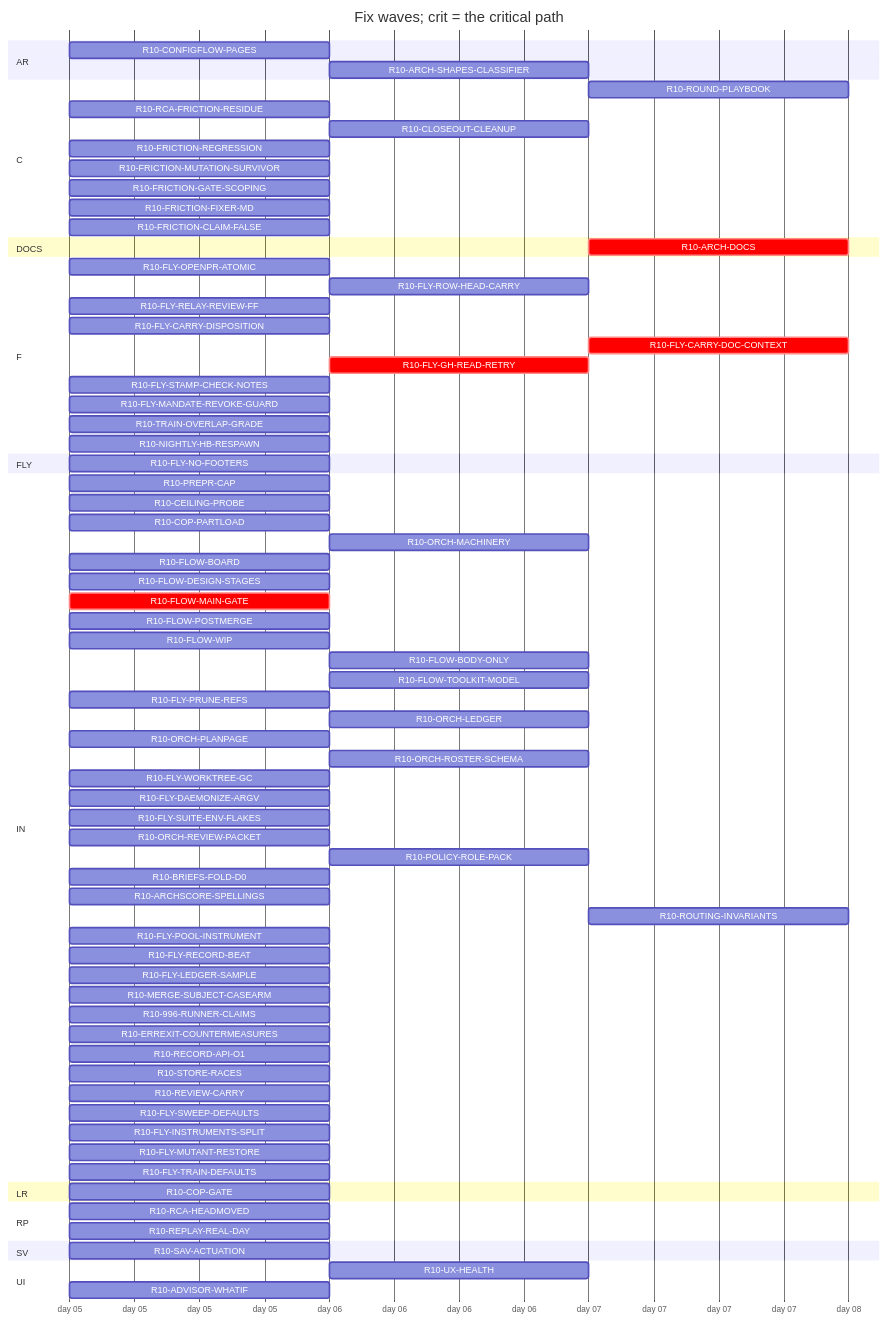
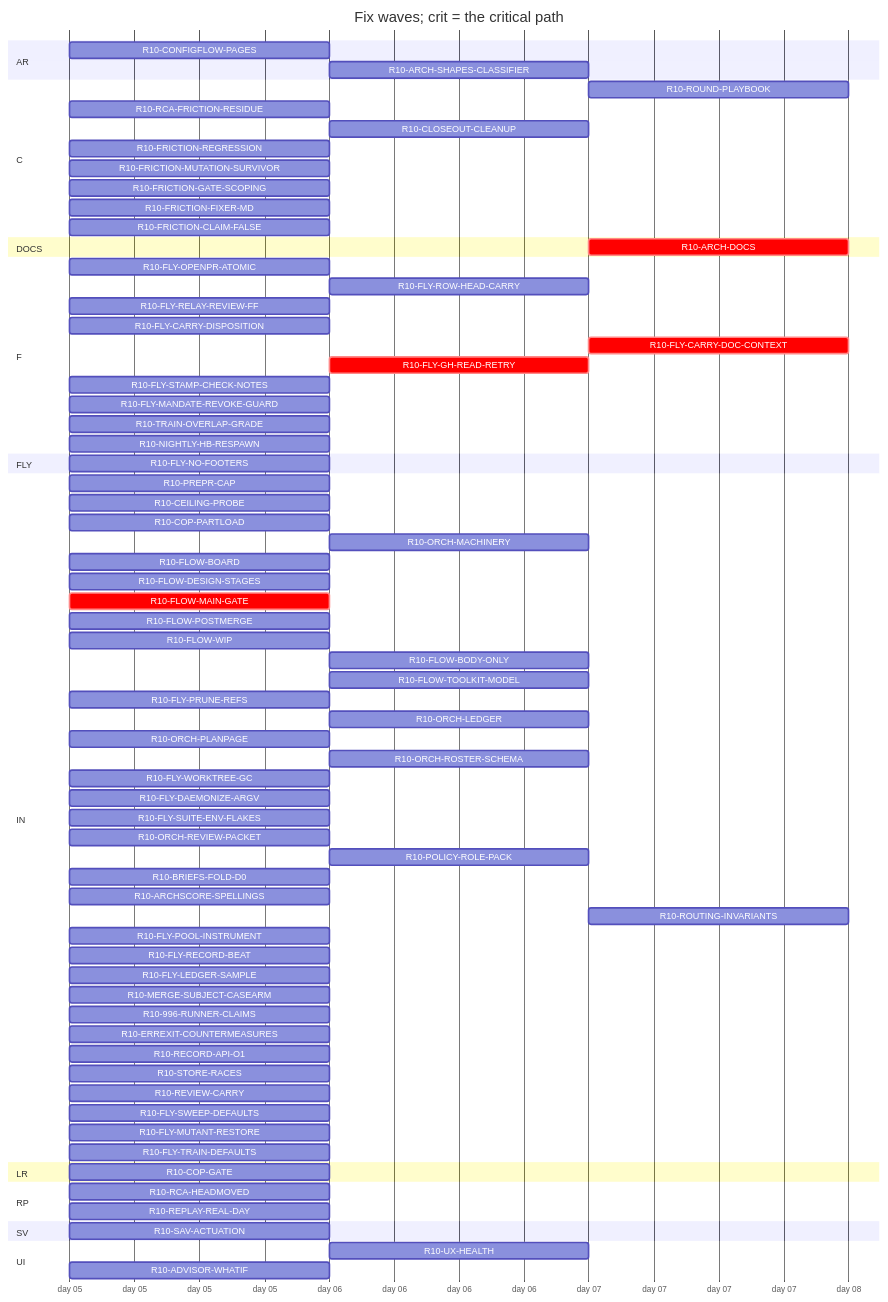
One commit to tvofi/heatpump_optimizer changed the diagram in handoff/round10/state/PLAN-TABLE.md. Above: the diagram before and after it, drawn with Mermaid. The commit also changed other lines of this file and 3 other files, not shown here.

Commit message:
state: FLOW-BOARD.md, NEXT-SESSION-PROMPT.md, PLAN-TABLE.md, RESUME-CURRENT.md regenerated (state_docs.py)

````diff
--- a/handoff/round10/state/PLAN-TABLE.md
+++ b/handoff/round10/state/PLAN-TABLE.md
@@ -23,80 +23,79 @@
 ```mermaid
 gantt
   title Fix waves; crit = the critical path
   dateFormat YYYY-MM-DD
   axisFormat day %d
   section AR
     R10-CONFIGFLOW-PAGES :r10CONFIGFLOWPAGES, 2026-01-05, 1d
     R10-ARCH-SHAPES-CLASSIFIER :r10ARCHSHAPESCLASSIFIER, after r10996RUNNERCLAIMS, 1d
   section C
     R10-ROUND-PLAYBOOK :r10ROUNDPLAYBOOK, after r10ORCHLEDGER r10ORCHPLANPAGE r10FLOWMAINGATE r10FLYRELAYREVIEWFF r10FLOWBODYONLY, 1d
     R10-RCA-FRICTION-RESIDUE :r10RCAFRICTIONRESIDUE, 2026-01-05, 1d
     R10-CLOSEOUT-CLEANUP :r10CLOSEOUTCLEANUP, after r10FLYPRUNEREFS r10FLYWORKTREEGC, 1d
     R10-FRICTION-REGRESSION :r10FRICTIONREGRESSION, 2026-01-05, 1d
     R10-FRICTION-MUTATION-SURVIVOR :r10FRICTIONMUTATIONSURVIVOR, 2026-01-05, 1d
     R10-FRICTION-GATE-SCOPING :r10FRICTIONGATESCOPING, 2026-01-05, 1d
     R10-FRICTION-FIXER-MD :r10FRICTIONFIXERMD, 2026-01-05, 1d
     R10-FRICTION-CLAIM-FALSE :r10FRICTIONCLAIMFALSE, 2026-01-05, 1d
   section DOCS
     R10-ARCH-DOCS :crit, r10ARCHDOCS, after r10COPGATE r10UXHEALTH r10CONFIGFLOWPAGES r10RCAHEADMOVED r10CEILINGPROBE r10COPPARTLOAD r10FLOWBOARD r10FLOWDESIGNSTAGES r10FLOWPOSTMERGE r10FLOWWIP r10FLOWBODYONLY r10FLYOPENPRATOMIC r10FLYROWHEADCARRY r10FLYRELAYREVIEWFF r10FLYCARRYDISPOSITION r10FLYCARRYDOCCONTEXT r10FLOWTOOLKITMODEL r10FLYSTAMPCHECKNOTES r10FLYMANDATEREVOKEGUARD r10RCAFRICTIONRESIDUE r10TRAINOVERLAPGRADE r10NIGHTLYHBRESPAWN r10FLYPRUNEREFS r10ORCHLEDGER r10ORCHPLANPAGE r10ORCHROSTERSCHEMA r10FLYWORKTREEGC r10FLYDAEMONIZEARGV r10ORCHREVIEWPACKET r10POLICYROLEPACK r10BRIEFSFOLDD0 r10REPLAYREALDAY r10ARCHSCORESPELLINGS r10SAVACTUATION r10FLYLEDGERSAMPLE, 1d
   section F
     R10-FLY-OPENPR-ATOMIC :r10FLYOPENPRATOMIC, 2026-01-05, 1d
     R10-FLY-ROW-HEAD-CARRY :r10FLYROWHEADCARRY, after r10FLYOPENPRATOMIC, 1d
     R10-FLY-RELAY-REVIEW-FF :r10FLYRELAYREVIEWFF, 2026-01-05, 1d
     R10-FLY-CARRY-DISPOSITION :r10FLYCARRYDISPOSITION, 2026-01-05, 1d
     R10-FLY-CARRY-DOC-CONTEXT :crit, r10FLYCARRYDOCCONTEXT, after r10FLYGHREADRETRY, 1d
     R10-FLY-GH-READ-RETRY :crit, r10FLYGHREADRETRY, after r10FLOWMAINGATE, 1d
     R10-FLY-STAMP-CHECK-NOTES :r10FLYSTAMPCHECKNOTES, 2026-01-05, 1d
     R10-FLY-MANDATE-REVOKE-GUARD :r10FLYMANDATEREVOKEGUARD, 2026-01-05, 1d
     R10-TRAIN-OVERLAP-GRADE :r10TRAINOVERLAPGRADE, 2026-01-05, 1d
     R10-NIGHTLY-HB-RESPAWN :r10NIGHTLYHBRESPAWN, 2026-01-05, 1d
   section FLY
     R10-FLY-NO-FOOTERS :r10FLYNOFOOTERS, 2026-01-05, 1d
   section IN
     R10-PREPR-CAP :r10PREPRCAP, 2026-01-05, 1d
     R10-CEILING-PROBE :r10CEILINGPROBE, 2026-01-05, 1d
     R10-COP-PARTLOAD :r10COPPARTLOAD, 2026-01-05, 1d
     R10-ORCH-MACHINERY :r10ORCHMACHINERY, after r10FLOWMAINGATE, 1d
     R10-FLOW-BOARD :r10FLOWBOARD, 2026-01-05, 1d
     R10-FLOW-DESIGN-STAGES :r10FLOWDESIGNSTAGES, 2026-01-05, 1d
     R10-FLOW-MAIN-GATE :crit, r10FLOWMAINGATE, 2026-01-05, 1d
     R10-FLOW-POSTMERGE :r10FLOWPOSTMERGE, 2026-01-05, 1d
     R10-FLOW-WIP :r10FLOWWIP, 2026-01-05, 1d
     R10-FLOW-BODY-ONLY :r10FLOWBODYONLY, after r10FLYOPENPRATOMIC, 1d
     R10-FLOW-TOOLKIT-MODEL :r10FLOWTOOLKITMODEL, after r10ORCHPLANPAGE, 1d
     R10-FLY-PRUNE-REFS :r10FLYPRUNEREFS, 2026-01-05, 1d
     R10-ORCH-LEDGER :r10ORCHLEDGER, after r10FLOWMAINGATE, 1d
     R10-ORCH-PLANPAGE :r10ORCHPLANPAGE, 2026-01-05, 1d
     R10-ORCH-ROSTER-SCHEMA :r10ORCHROSTERSCHEMA, after r10FLOWMAINGATE, 1d
     R10-FLY-WORKTREE-GC :r10FLYWORKTREEGC, 2026-01-05, 1d
     R10-FLY-DAEMONIZE-ARGV :r10FLYDAEMONIZEARGV, 2026-01-05, 1d
     R10-FLY-SUITE-ENV-FLAKES :r10FLYSUITEENVFLAKES, 2026-01-05, 1d
     R10-ORCH-REVIEW-PACKET :r10ORCHREVIEWPACKET, 2026-01-05, 1d
     R10-POLICY-ROLE-PACK :r10POLICYROLEPACK, after r10FLOWDESIGNSTAGES, 1d
     R10-BRIEFS-FOLD-D0 :r10BRIEFSFOLDD0, 2026-01-05, 1d
     R10-ARCHSCORE-SPELLINGS :r10ARCHSCORESPELLINGS, 2026-01-05, 1d
     R10-ROUTING-INVARIANTS :r10ROUTINGINVARIANTS, after r10ORCHROSTERSCHEMA, 1d
     R10-FLY-POOL-INSTRUMENT :r10FLYPOOLINSTRUMENT, 2026-01-05, 1d
     R10-FLY-RECORD-BEAT :r10FLYRECORDBEAT, 2026-01-05, 1d
     R10-FLY-LEDGER-SAMPLE :r10FLYLEDGERSAMPLE, 2026-01-05, 1d
     R10-MERGE-SUBJECT-CASEARM :r10MERGESUBJECTCASEARM, 2026-01-05, 1d
     R10-996-RUNNER-CLAIMS :r10996RUNNERCLAIMS, 2026-01-05, 1d
     R10-ERREXIT-COUNTERMEASURES :r10ERREXITCOUNTERMEASURES, 2026-01-05, 1d
     R10-RECORD-API-O1 :r10RECORDAPIO1, 2026-01-05, 1d
     R10-STORE-RACES :r10STORERACES, 2026-01-05, 1d
     R10-REVIEW-CARRY :r10REVIEWCARRY, 2026-01-05, 1d
     R10-FLY-SWEEP-DEFAULTS :r10FLYSWEEPDEFAULTS, 2026-01-05, 1d
-    R10-FLY-INSTRUMENTS-SPLIT :r10FLYINSTRUMENTSSPLIT, 2026-01-05, 1d
     R10-FLY-MUTANT-RESTORE :r10FLYMUTANTRESTORE, 2026-01-05, 1d
     R10-FLY-TRAIN-DEFAULTS :r10FLYTRAINDEFAULTS, 2026-01-05, 1d
   section LR
     R10-COP-GATE :r10COPGATE, 2026-01-05, 1d
   section RP
     R10-RCA-HEADMOVED :r10RCAHEADMOVED, 2026-01-05, 1d
     R10-REPLAY-REAL-DAY :r10REPLAYREALDAY, 2026-01-05, 1d
   section SV
     R10-SAV-ACTUATION :r10SAVACTUATION, 2026-01-05, 1d
   section UI
     R10-UX-HEALTH :r10UXHEALTH, after r10COPGATE, 1d
     R10-ADVISOR-WHATIF :r10ADVISORWHATIF, 2026-01-05, 1d
 ```
````
